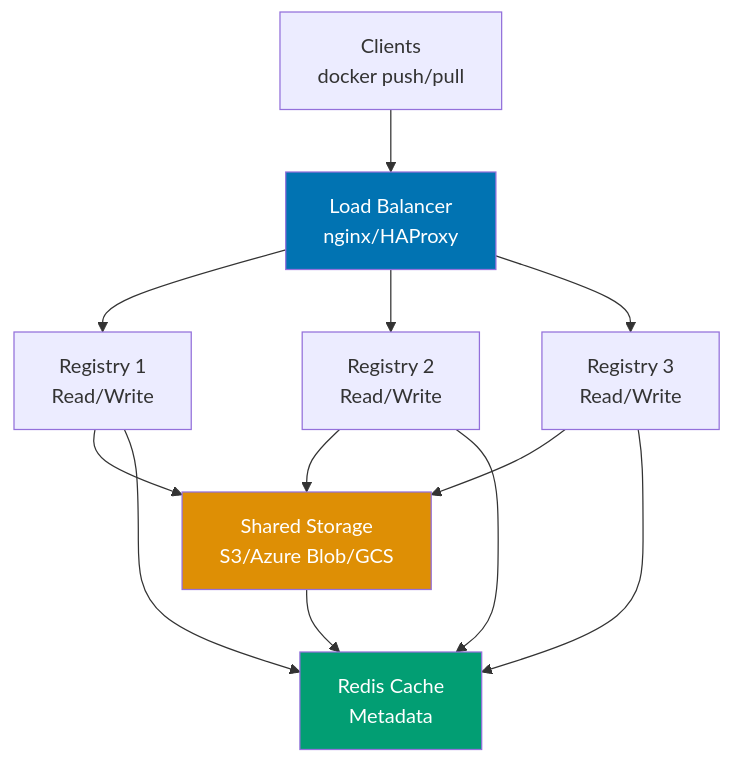
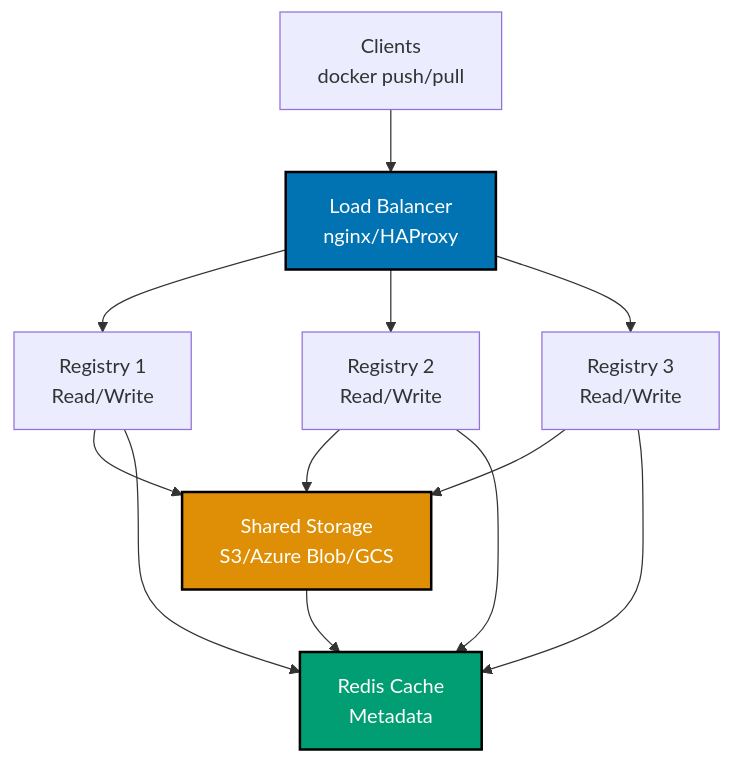
Before and after one commit to wahidyankf/open-sharia-enterprise: diagram 13 of 14 in apps/ayokoding-web/content/en/learn/software-engineering/infrastructure/tools/docker/by-example/advanced.md, drawn with Mermaid. The commit also changed other lines of this file and 25 other files, not shown here.

````diff
--- a/apps/ayokoding-web/content/en/learn/software-engineering/infrastructure/tools/docker/by-example/advanced.md
+++ b/apps/ayokoding-web/content/en/learn/software-engineering/infrastructure/tools/docker/by-example/advanced.md
@@ -4420,20 +4432,21 @@
 ```mermaid
+%% Color Palette: Blue #0173B2, Orange #DE8F05, Teal #029E73, Purple #CC78BC, Brown #CA9161
 graph TD
  A["Clients<br/>docker push/pull"] --> B["Load Balancer<br/>nginx/HAProxy"]
  B --> C["Registry 1<br/>Read/Write"]
  B --> D["Registry 2<br/>Read/Write"]
  B --> E["Registry 3<br/>Read/Write"]
 
  C --> F["Shared Storage<br/>S3/Azure Blob/GCS"]
  D --> F
  E --> F
 
  F --> G["Redis Cache<br/>Metadata"]
  C --> G
  D --> G
  E --> G
 
- style B fill:#0173B2,color:#fff
- style F fill:#DE8F05,color:#fff
- style G fill:#029E73,color:#fff
+ style B fill:#0173B2,stroke:#000000,stroke-width:2px,color:#fff
+ style F fill:#DE8F05,stroke:#000000,stroke-width:2px,color:#fff
+ style G fill:#029E73,stroke:#000000,stroke-width:2px,color:#fff
 ```
````
